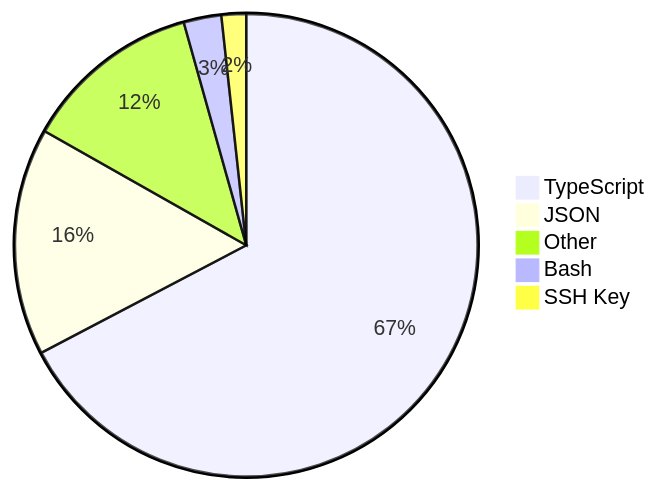
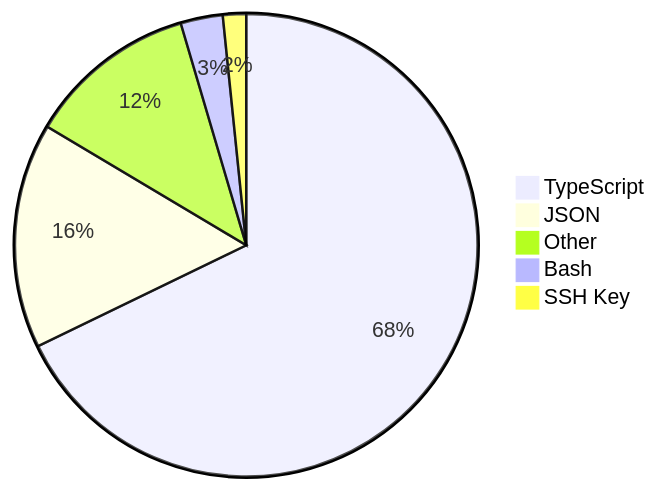
The diagram in README.md (skvggor/skvggor), drawn with Mermaid before and after one commit.

Commit message:
Updated waka-readme graph with new metrics

````diff
--- a/README.md
+++ b/README.md
@@ -28,8 +28,8 @@
 ```mermaid
 pie
-    "TypeScript" : 66.5
-    "JSON" : 15.7
-    "Other" : 12.3
-    "Bash" : 2.6
-    "SSH Key" : 1.7
+    "TypeScript" : 66.8
+    "JSON" : 15.5
+    "Other" : 11.7
+    "Bash" : 2.9
+    "SSH Key" : 1.6
 ```
````
